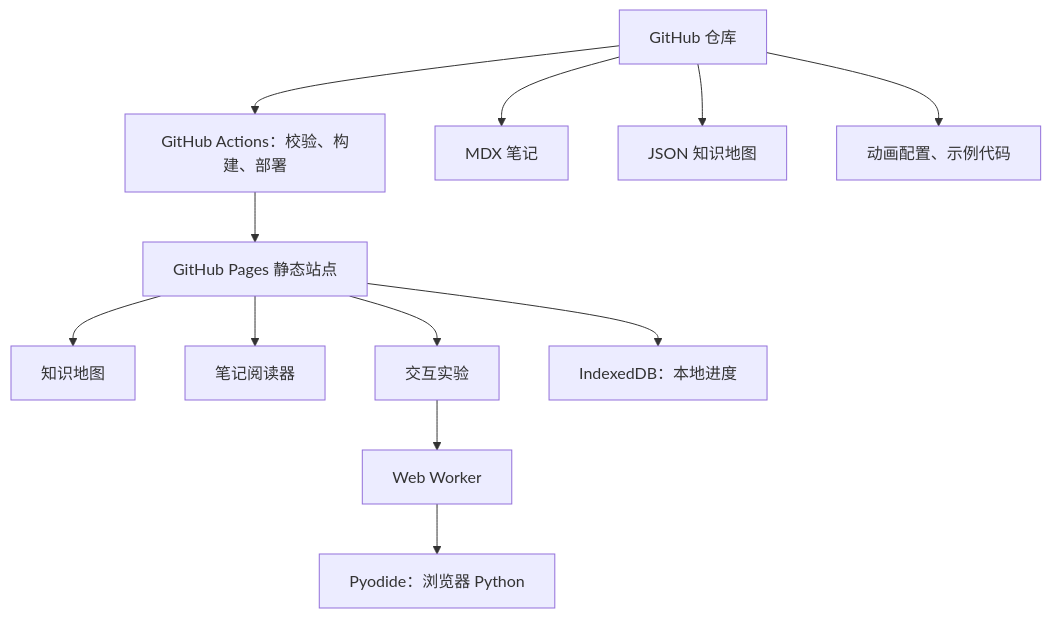
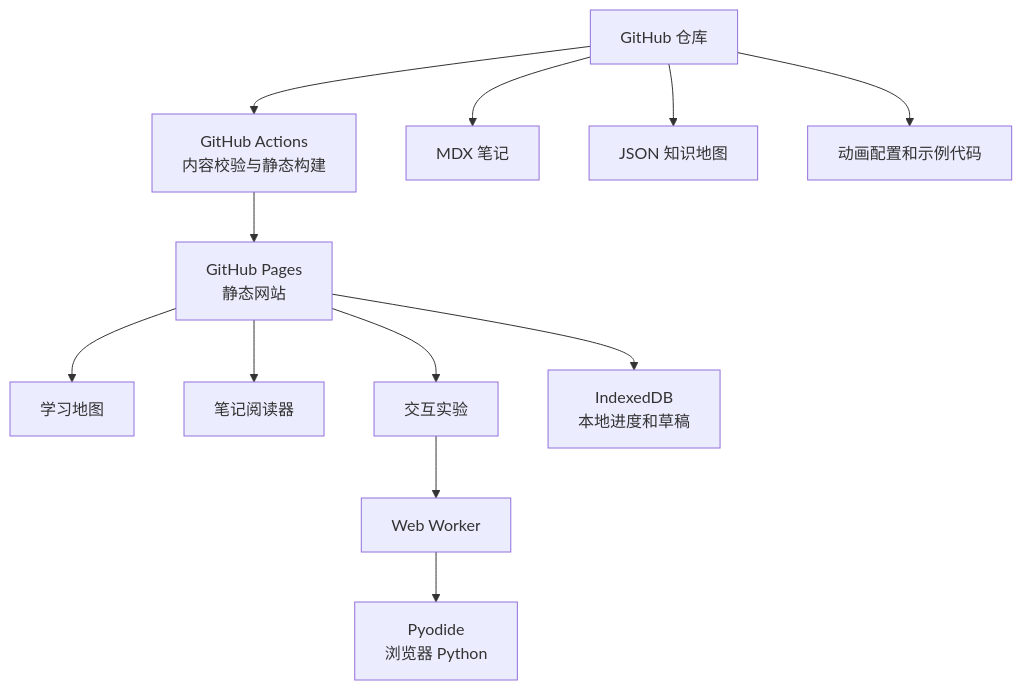
Before and after one commit to Ackow/mindpath-ai: the first of 2 diagrams in AI学习知识库网站设计方案.md, drawn with Mermaid. The commit also changed other lines of this file, not shown here.

````diff
--- a/AI学习知识库网站设计方案.md
+++ b/AI学习知识库网站设计方案.md
@@ -13,14 +31,18 @@
 ```mermaid
 flowchart TD
-  R[GitHub 仓库] --> A[GitHub Actions：校验、构建、部署]
-  A --> P[GitHub Pages 静态站点]
+  R[GitHub 仓库] --> A[GitHub Actions
+内容校验与静态构建]
+  A --> P[GitHub Pages
+静态网站]
   R --> C[MDX 笔记]
   R --> M[JSON 知识地图]
-  R --> D[动画配置、示例代码]
-  P --> G[知识地图]
+  R --> D[动画配置和示例代码]
+  P --> G[学习地图]
   P --> N[笔记阅读器]
-  P --> L[交互实验]
-  L --> W[Web Worker]
-  W --> Y[Pyodide：浏览器 Python]
-  P --> I[IndexedDB：本地进度]
+  P --> E[交互实验]
+  E --> W[Web Worker]
+  W --> Y[Pyodide
+浏览器 Python]
+  P --> I[IndexedDB
+本地进度和草稿]
 ```
````
